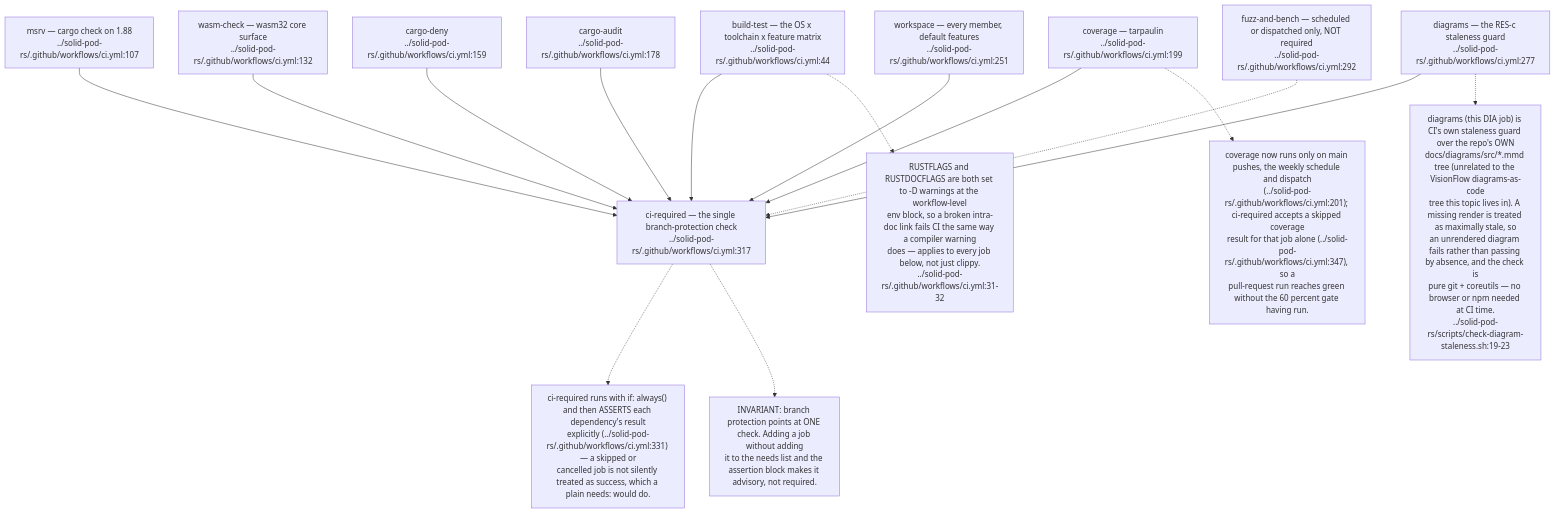
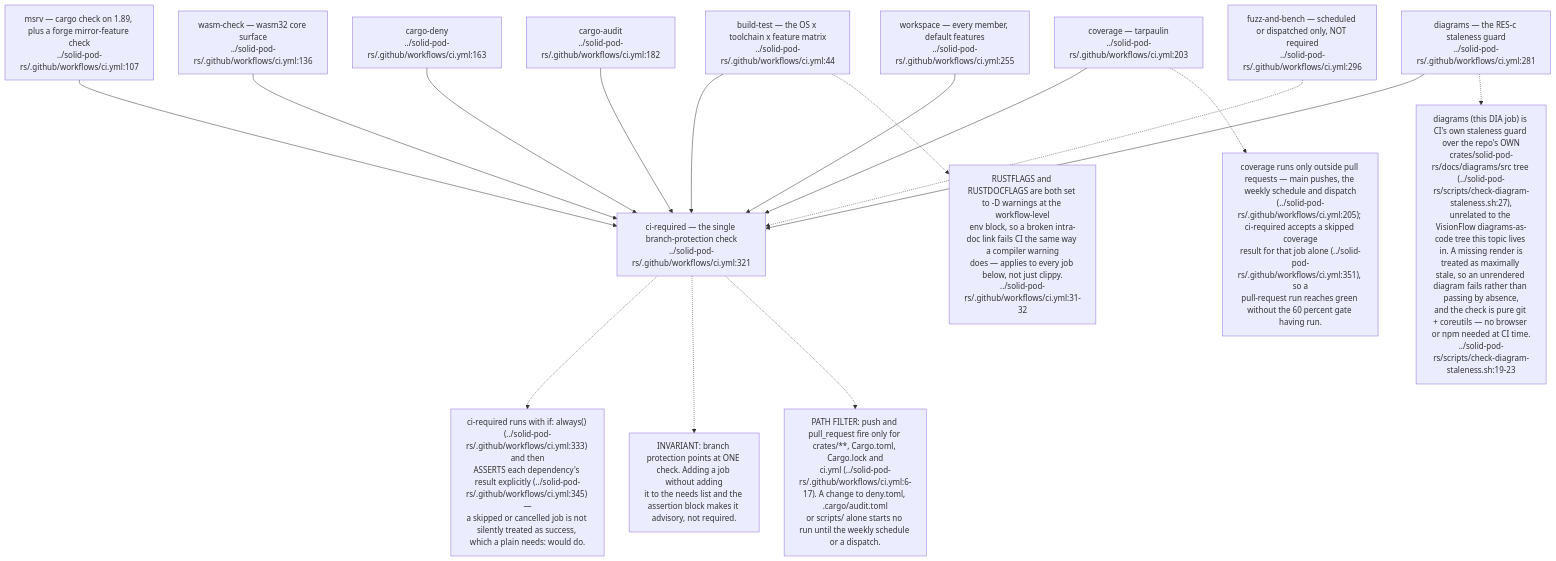
The first of 9 diagrams in docs/diagrams/solid-pod-rs/09-ci-release-and-consumer-pins.md (DreamLab-AI/VisionFlow), drawn with Mermaid before and after one commit. The commit also changed other lines of this file and 47 other files, not shown here.

First line of the commit message:
docs(audit): wave 1 completes Solid, loom and dream-machine; rebinds stale claims

````diff
--- a/docs/diagrams/solid-pod-rs/09-ci-release-and-consumer-pins.md
+++ b/docs/diagrams/solid-pod-rs/09-ci-release-and-consumer-pins.md
@@ -43,34 +47,36 @@
 ```mermaid
 flowchart TD
     BT["build-test — the OS x toolchain x feature matrix<br/>../solid-pod-rs/.github/workflows/ci.yml:44"]
-    MSRV["msrv — cargo check on 1.88<br/>../solid-pod-rs/.github/workflows/ci.yml:107"]
-    WASM["wasm-check — wasm32 core surface<br/>../solid-pod-rs/.github/workflows/ci.yml:132"]
-    DENY["cargo-deny<br/>../solid-pod-rs/.github/workflows/ci.yml:159"]
-    AUDIT["cargo-audit<br/>../solid-pod-rs/.github/workflows/ci.yml:178"]
-    COV["coverage — tarpaulin<br/>../solid-pod-rs/.github/workflows/ci.yml:199"]
-    WS["workspace — every member, default features<br/>../solid-pod-rs/.github/workflows/ci.yml:251"]
-    DIA["diagrams — the RES-c staleness guard<br/>../solid-pod-rs/.github/workflows/ci.yml:277"]
-    FZ["fuzz-and-bench — scheduled or dispatched only, NOT required<br/>../solid-pod-rs/.github/workflows/ci.yml:292"]
-    REQ["ci-required — the single branch-protection check<br/>../solid-pod-rs/.github/workflows/ci.yml:317"]
+    MSRV["msrv — cargo check on 1.89, plus a forge mirror-feature check<br/>../solid-pod-rs/.github/workflows/ci.yml:107"]
+    WASM["wasm-check — wasm32 core surface<br/>../solid-pod-rs/.github/workflows/ci.yml:136"]
+    DENY["cargo-deny<br/>../solid-pod-rs/.github/workflows/ci.yml:163"]
+    AUDIT["cargo-audit<br/>../solid-pod-rs/.github/workflows/ci.yml:182"]
+    COV["coverage — tarpaulin<br/>../solid-pod-rs/.github/workflows/ci.yml:203"]
+    WS["workspace — every member, default features<br/>../solid-pod-rs/.github/workflows/ci.yml:255"]
+    DIA["diagrams — the RES-c staleness guard<br/>../solid-pod-rs/.github/workflows/ci.yml:281"]
+    FZ["fuzz-and-bench — scheduled or dispatched only, NOT required<br/>../solid-pod-rs/.github/workflows/ci.yml:296"]
+    REQ["ci-required — the single branch-protection check<br/>../solid-pod-rs/.github/workflows/ci.yml:321"]
 
     BT --> REQ
     MSRV --> REQ
     WASM --> REQ
     DENY --> REQ
     AUDIT --> REQ
     COV --> REQ
     WS --> REQ
     DIA --> REQ
     FZ -.-> REQ
 
-    N["ci-required runs with if: always() and then ASSERTS each dependency's result<br/>explicitly (../solid-pod-rs/.github/workflows/ci.yml:331) — a skipped or<br/>cancelled job is not silently treated as success, which a plain needs: would do."]
+    N["ci-required runs with if: always() (../solid-pod-rs/.github/workflows/ci.yml:333) and then<br/>ASSERTS each dependency's result explicitly (../solid-pod-rs/.github/workflows/ci.yml:345) —<br/>a skipped or cancelled job is not silently treated as success, which a plain needs: would do."]
     REQ -.-> N
     N2["INVARIANT: branch protection points at ONE check. Adding a job without adding<br/>it to the needs list and the assertion block makes it advisory, not required."]
     REQ -.-> N2
-    N2B["coverage now runs only on main pushes, the weekly schedule and dispatch<br/>(../solid-pod-rs/.github/workflows/ci.yml:201); ci-required accepts a skipped coverage<br/>result for that job alone (../solid-pod-rs/.github/workflows/ci.yml:347), so a<br/>pull-request run reaches green without the 60 percent gate having run."]
+    N2B["coverage runs only outside pull requests — main pushes, the weekly schedule and dispatch<br/>(../solid-pod-rs/.github/workflows/ci.yml:205); ci-required accepts a skipped coverage<br/>result for that job alone (../solid-pod-rs/.github/workflows/ci.yml:351), so a<br/>pull-request run reaches green without the 60 percent gate having run."]
     COV -.-> N2B
     N3["RUSTFLAGS and RUSTDOCFLAGS are both set to -D warnings at the workflow-level<br/>env block, so a broken intra-doc link fails CI the same way a compiler warning<br/>does — applies to every job below, not just clippy.<br/>../solid-pod-rs/.github/workflows/ci.yml:31-32"]
     BT -.-> N3
-    N4["diagrams (this DIA job) is CI's own staleness guard over the repo's OWN<br/>docs/diagrams/src/*.mmd tree (unrelated to the VisionFlow diagrams-as-code<br/>tree this topic lives in). A missing render is treated as maximally stale, so<br/>an unrendered diagram fails rather than passing by absence, and the check is<br/>pure git + coreutils — no browser or npm needed at CI time.<br/>../solid-pod-rs/scripts/check-diagram-staleness.sh:19-23"]
+    N4["diagrams (this DIA job) is CI's own staleness guard over the repo's OWN<br/>crates/solid-pod-rs/docs/diagrams/src tree (../solid-pod-rs/scripts/check-diagram-staleness.sh:27),<br/>unrelated to the VisionFlow diagrams-as-code tree this topic lives in. A missing render is<br/>treated as maximally stale, so an unrendered diagram fails rather than passing by absence,<br/>and the check is pure git + coreutils — no browser or npm needed at CI time.<br/>../solid-pod-rs/scripts/check-diagram-staleness.sh:19-23"]
     DIA -.-> N4
+    N5["PATH FILTER: push and pull_request fire only for crates/**, Cargo.toml, Cargo.lock and<br/>ci.yml (../solid-pod-rs/.github/workflows/ci.yml:6-17). A change to deny.toml, .cargo/audit.toml<br/>or scripts/ alone starts no run until the weekly schedule or a dispatch."]
+    REQ -.-> N5
 ```
````
